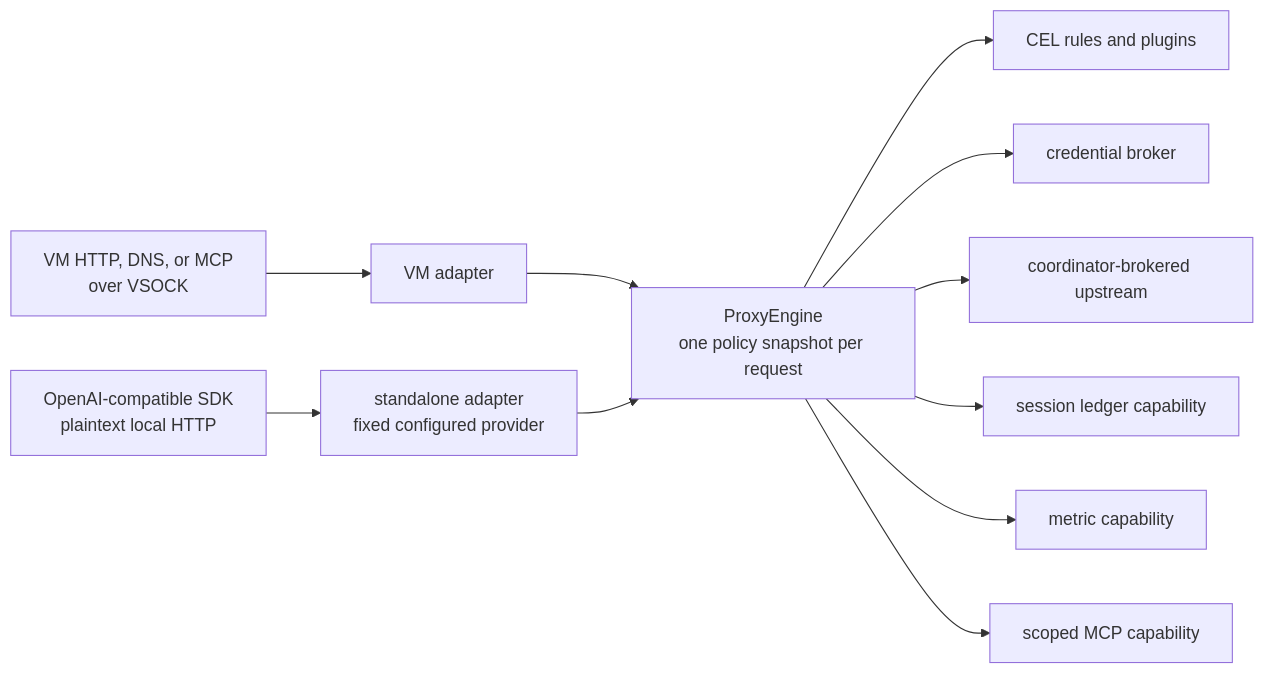
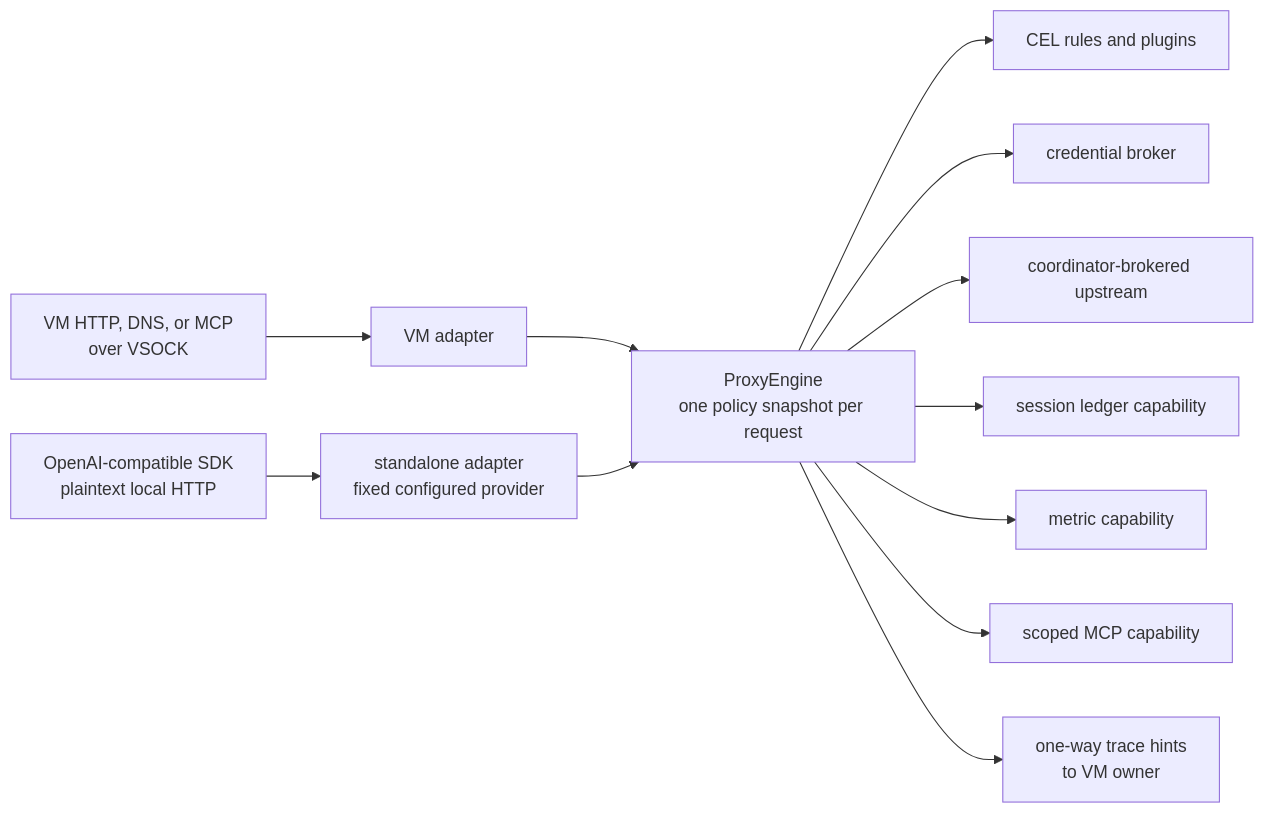
The second of 2 diagrams in web/docs/src/content/docs/architecture/host-isolation.md (google/capsem), drawn with Mermaid before and after one commit. The commit also changed other lines of this file and 226 other files, not shown here.

````diff
--- a/web/docs/src/content/docs/architecture/host-isolation.md
+++ b/web/docs/src/content/docs/architecture/host-isolation.md
@@ -173,13 +198,14 @@
 ```mermaid
 flowchart LR
     Guest["VM HTTP, DNS, or MCP<br/>over VSOCK"] --> VMAdapter["VM adapter"]
     SDK["OpenAI-compatible SDK<br/>plaintext local HTTP"] --> Standalone["standalone adapter<br/>fixed configured provider"]
     VMAdapter --> Engine["ProxyEngine<br/>one policy snapshot per request"]
     Standalone --> Engine
     Engine --> Rules["CEL rules and plugins"]
     Engine --> Credentials["credential broker"]
     Engine --> Upstream["coordinator-brokered upstream"]
     Engine --> Ledger["session ledger capability"]
     Engine --> Metrics["metric capability"]
     Engine --> MCP["scoped MCP capability"]
+    Engine --> Hints["one-way trace hints<br/>to VM owner"]
 ```
````
